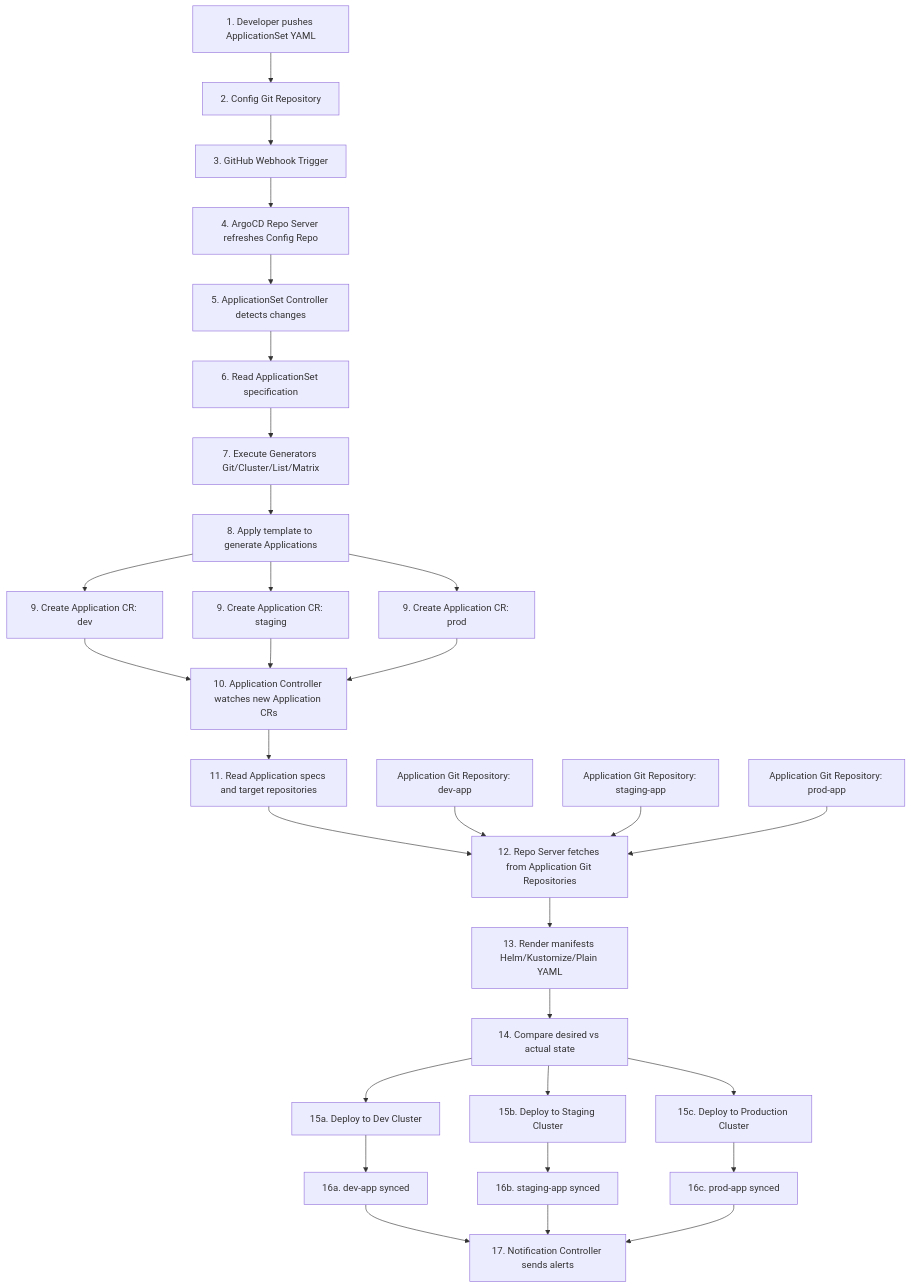
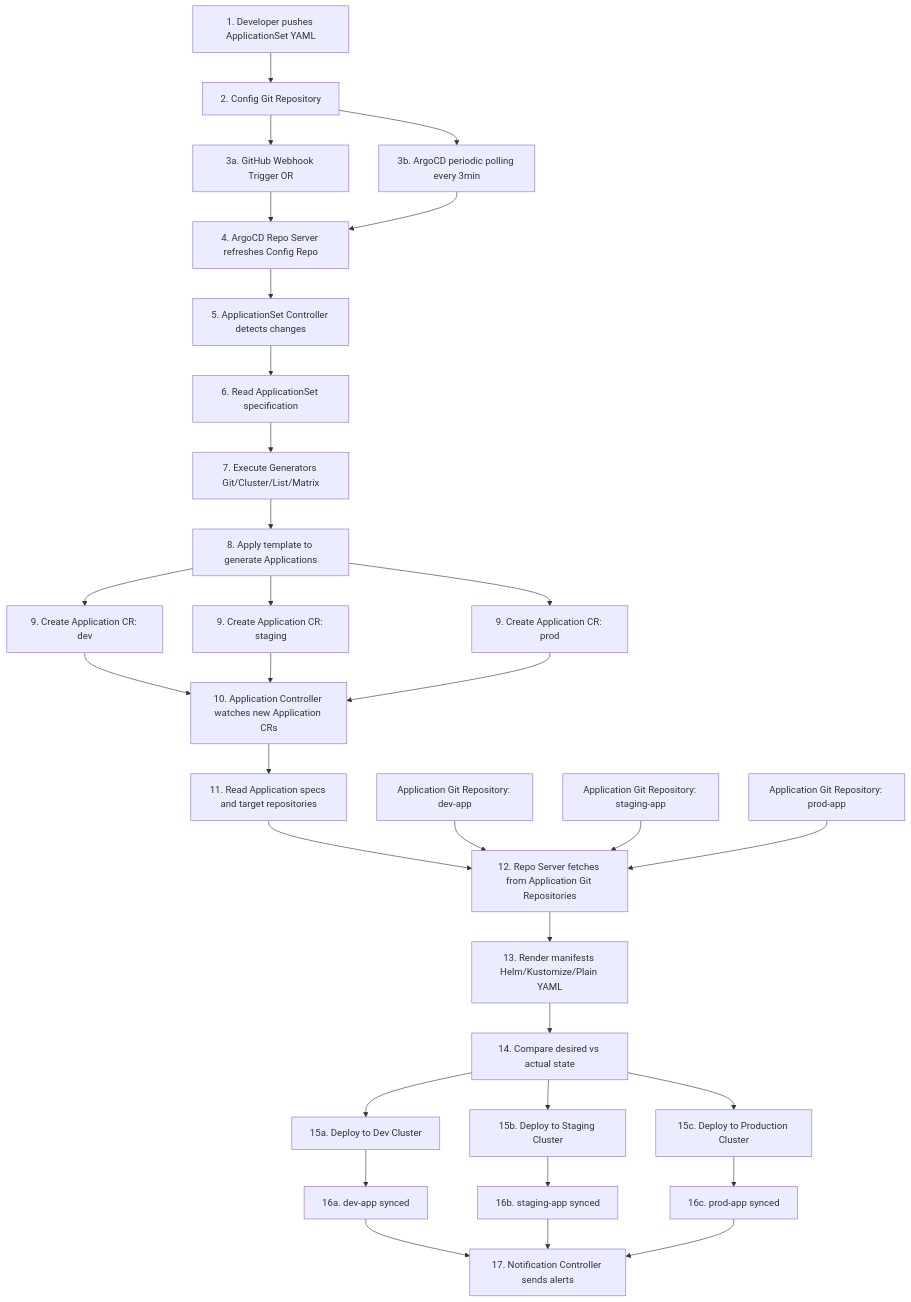
Before and after one commit to mdsraihaniqbal1999/argocd-applicationsets-demo: the diagram in Diagram.md, drawn with Mermaid.

````diff
--- a/Diagram.md
+++ b/Diagram.md
@@ -1,55 +1,55 @@
 ```mermaid
-
 flowchart TD
     %% Step 1: Developer pushes ApplicationSet
     A[1. Developer pushes ApplicationSet YAML] --> B[2. Config Git Repository]
     
-    %% Step 2-3: Webhook and repo refresh
-    B --> C[3. GitHub Webhook Trigger]
-    C --> D[4. ArgoCD Repo Server refreshes Config Repo]
+    %% Step 2-3: Detection methods (webhook OR polling)
+    B --> C[3a. GitHub Webhook Trigger OR]
+    B --> D[3b. ArgoCD periodic polling every 3min]
+    C --> E[4. ArgoCD Repo Server refreshes Config Repo]
+    D --> E
     
     %% Step 4-8: ApplicationSet Controller Process
-    D --> E[5. ApplicationSet Controller detects changes]
-    E --> F[6. Read ApplicationSet specification]
-    F --> G[7. Execute Generators Git/Cluster/List/Matrix]
-    G --> H[8. Apply template to generate Applications]
+    E --> F[5. ApplicationSet Controller detects changes]
+    F --> G[6. Read ApplicationSet specification]
+    G --> H[7. Execute Generators Git/Cluster/List/Matrix]
+    H --> I[8. Apply template to generate Applications]
     
     %% Step 9: Generate individual Applications
-    H --> I[9. Create Application CR: dev]
-    H --> J[9. Create Application CR: staging]
-    H --> K[9. Create Application CR: prod]
+    I --> J[9. Create Application CR: dev]
+    I --> K[9. Create Application CR: staging]
+    I --> L[9. Create Application CR: prod]
     
     %% Step 10: Application Controller takes over
-    I --> L[10. Application Controller watches new Application CRs]
-    J --> L
-    K --> L
+    J --> M[10. Application Controller watches new Application CRs]
+    K --> M
+    L --> M
     
     %% Step 11-12: Application processing
-    L --> M[11. Read Application specs and target repositories]
-    M --> N[12. Repo Server fetches from Application Git Repositories]
+    M --> N[11. Read Application specs and target repositories]
+    N --> O[12. Repo Server fetches from Application Git Repositories]
     
     %% Application repositories (separate from config repo)
-    O[Application Git Repository: dev-app] --> N
-    P[Application Git Repository: staging-app] --> N
-    Q[Application Git Repository: prod-app] --> N
+    P[Application Git Repository: dev-app] --> O
+    Q[Application Git Repository: staging-app] --> O
+    R[Application Git Repository: prod-app] --> O
     
     %% Step 13-14: Manifest processing and deployment
-    N --> R[13. Render manifests Helm/Kustomize/Plain YAML]
-    R --> S[14. Compare desired vs actual state]
+    O --> S[13. Render manifests Helm/Kustomize/Plain YAML]
+    S --> T[14. Compare desired vs actual state]
     
     %% Step 15: Deploy to clusters
-    S --> T[15a. Deploy to Dev Cluster]
-    S --> U[15b. Deploy to Staging Cluster]
-    S --> V[15c. Deploy to Production Cluster]
+    T --> U[15a. Deploy to Dev Cluster]
+    T --> V[15b. Deploy to Staging Cluster]
+    T --> W[15c. Deploy to Production Cluster]
     
     %% Step 16: Sync status
-    T --> W[16a. dev-app synced]
-    U --> X[16b. staging-app synced]
-    V --> Y[16c. prod-app synced]
+    U --> X[16a. dev-app synced]
+    V --> Y[16b. staging-app synced]
+    W --> Z[16c. prod-app synced]
     
     %% Step 17: Notifications
-    W --> Z[17. Notification Controller sends alerts]
-    X --> Z
-    Y --> Z
-
+    X --> AA[17. Notification Controller sends alerts]
+    Y --> AA
+    Z --> AA
 ```
````
